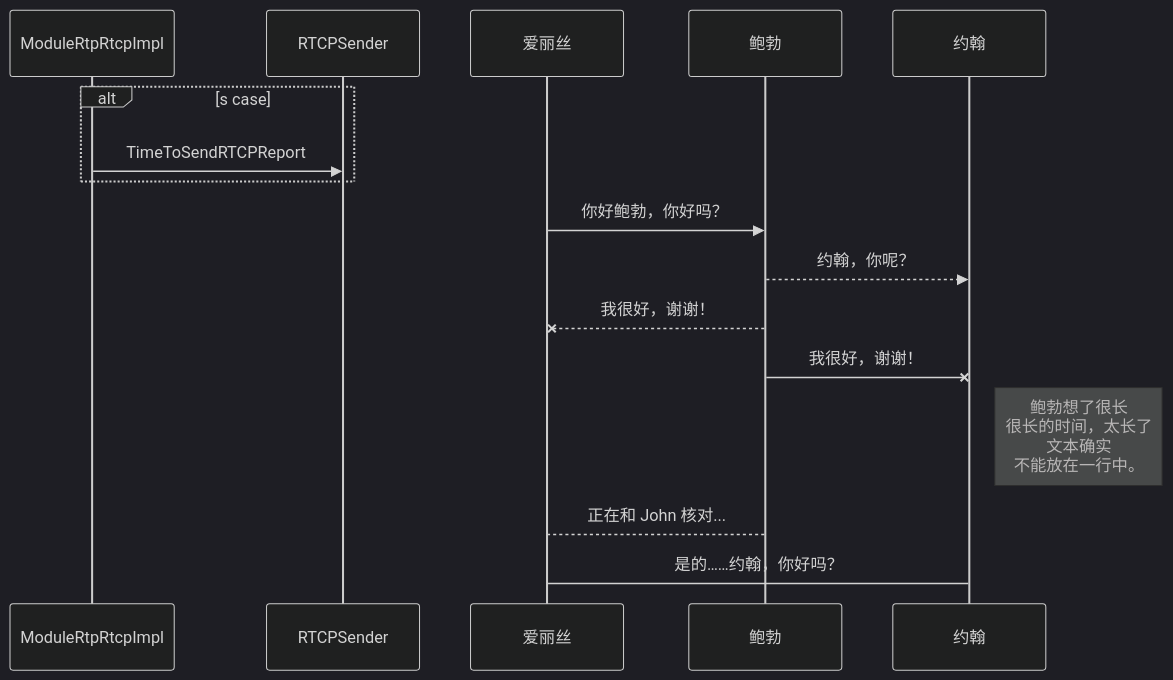
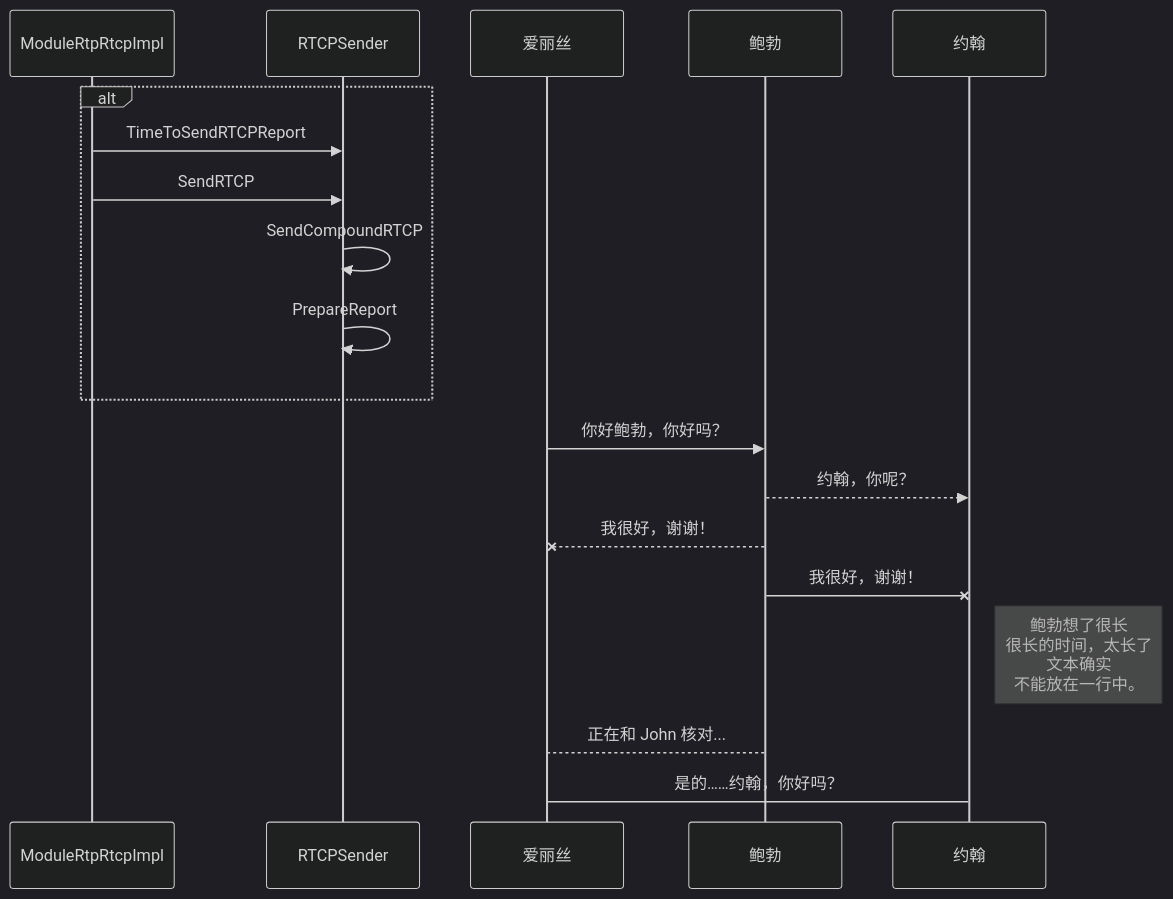
The diagram in Note/webrtc.md (ThinPikachu/Note), drawn with Mermaid (dark theme) before and after one commit. The commit also changed other lines of this file, not shown here.

Commit message:
Note/webrtc.md updated from https://stackedit.cn/

````diff
--- a/Note/webrtc.md
+++ b/Note/webrtc.md
@@ -49,14 +49,18 @@
 ```mermaid
 sequenceDiagram
-alt s case
+alt 
 ModuleRtpRtcpImpl ->> RTCPSender: TimeToSendRTCPReport
+ModuleRtpRtcpImpl ->> RTCPSender: SendRTCP
+RTCPSender ->> RTCPSender: SendCompoundRTCP
+RTCPSender ->> RTCPSender: PrepareReport
+
 end
 爱丽丝 ->> 鲍勃: 你好鲍勃，你好吗？
 鲍勃-->>约翰: 约翰，你呢？
 鲍勃--x 爱丽丝: 我很好，谢谢！
 鲍勃-x 约翰: 我很好，谢谢！
 Note right of 约翰: 鲍勃想了很长<br/>很长的时间，太长了<br/>文本确实<br/>不能放在一行中。
 
 鲍勃-->爱丽丝: 正在和 John 核对...
 爱丽丝->约翰: 是的……约翰，你好吗？
 ```
````
